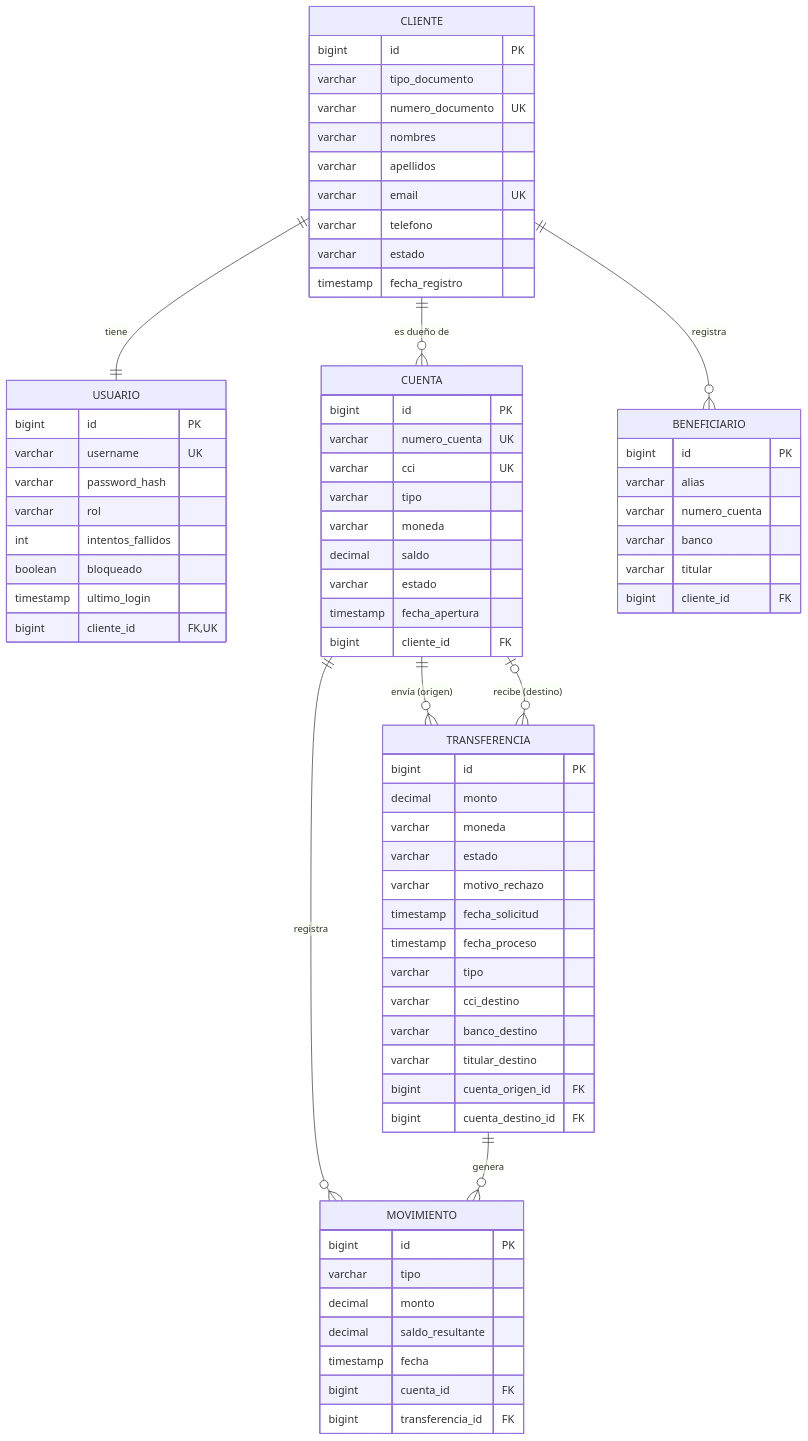
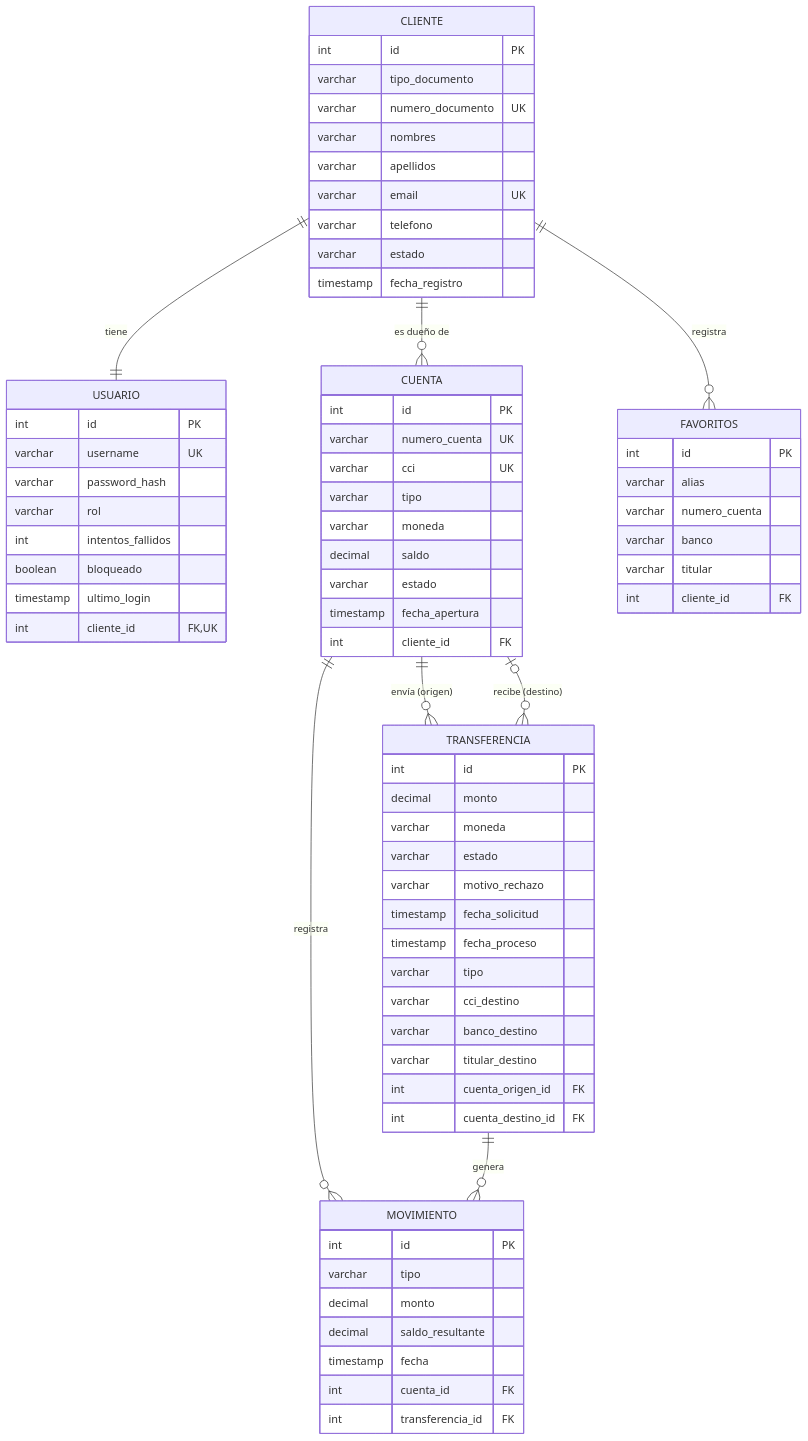
One commit to RetLight/Mini-Bank-App changed the diagram in README.md. Above: the diagram before and after it, drawn with Mermaid. The commit also changed other lines of this file, not shown here.

Commit message:
add: descripción

````diff
--- a/README.md
+++ b/README.md
@@ -22,80 +22,80 @@
 ```mermaid
 erDiagram
     CLIENTE ||--|| USUARIO : "tiene"
     CLIENTE ||--o{ CUENTA : "es dueño de"
-    CLIENTE ||--o{ BENEFICIARIO : "registra"
+    CLIENTE ||--o{ FAVORITOS : "registra"
     CUENTA ||--o{ MOVIMIENTO : "registra"
     CUENTA ||--o{ TRANSFERENCIA : "envía (origen)"
     CUENTA |o--o{ TRANSFERENCIA : "recibe (destino)"
     TRANSFERENCIA ||--o{ MOVIMIENTO : "genera"
 
     CLIENTE {
-        bigint id PK
+        int id PK
         varchar tipo_documento
         varchar numero_documento UK
         varchar nombres
         varchar apellidos
         varchar email UK
         varchar telefono
         varchar estado
         timestamp fecha_registro
     }
 
     USUARIO {
-        bigint id PK
+        int id PK
         varchar username UK
         varchar password_hash
         varchar rol
         int intentos_fallidos
         boolean bloqueado
         timestamp ultimo_login
-        bigint cliente_id FK,UK
+        int cliente_id FK,UK
     }
 
     CUENTA {
-        bigint id PK
+        int id PK
         varchar numero_cuenta UK
         varchar cci UK
         varchar tipo
         varchar moneda
         decimal saldo
         varchar estado
         timestamp fecha_apertura
-        bigint cliente_id FK
+        int cliente_id FK
     }
 
     TRANSFERENCIA {
-        bigint id PK
+        int id PK
         decimal monto
         varchar moneda
         varchar estado
         varchar motivo_rechazo
         timestamp fecha_solicitud
         timestamp fecha_proceso
         varchar tipo
         varchar cci_destino
         varchar banco_destino
         varchar titular_destino
-        bigint cuenta_origen_id FK
-        bigint cuenta_destino_id FK
+        int cuenta_origen_id FK
+        int cuenta_destino_id FK
     }
 
     MOVIMIENTO {
-        bigint id PK
+        int id PK
         varchar tipo
         decimal monto
         decimal saldo_resultante
         timestamp fecha
-        bigint cuenta_id FK
-        bigint transferencia_id FK
+        int cuenta_id FK
+        int transferencia_id FK
     }
 
-    BENEFICIARIO {
-        bigint id PK
+    FAVORITOS {
+        int id PK
         varchar alias
         varchar numero_cuenta
         varchar banco
         varchar titular
-        bigint cliente_id FK
+        int cliente_id FK
     }
 ```
````
